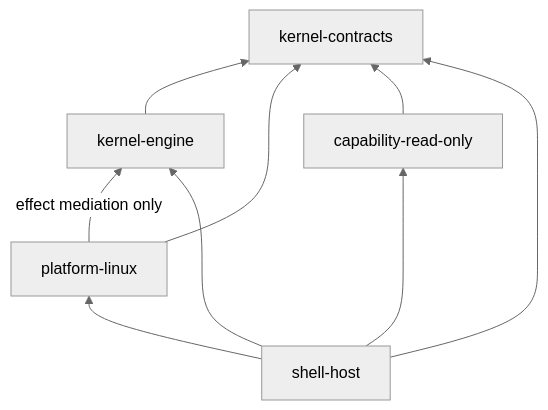
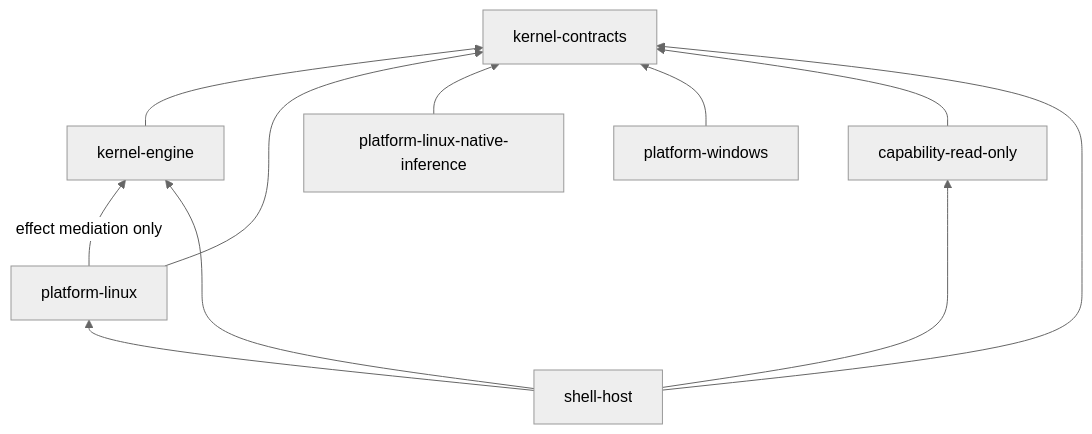
The diagram in docs/architecture/kernel-dependency-report.md (AaronNHorvitz/AgentMage), drawn with Mermaid (neutral theme) before and after one commit. The commit also changed other lines of this file and 4 other files, not shown here.

````diff
--- a/docs/architecture/kernel-dependency-report.md
+++ b/docs/architecture/kernel-dependency-report.md
@@ -27,11 +25,13 @@
 ```mermaid
 flowchart BT
     KE["kernel-engine"] --> KC["kernel-contracts"]
     PL["platform-linux"] --> KC
     PL -->|"effect mediation only"| KE
+    PLI["platform-linux-native-inference"] --> KC
+    PW["platform-windows"] --> KC
     CR["capability-read-only"] --> KC
     SH["shell-host"] --> KC
     SH --> KE
     SH --> PL
     SH --> CR
 ```
````
